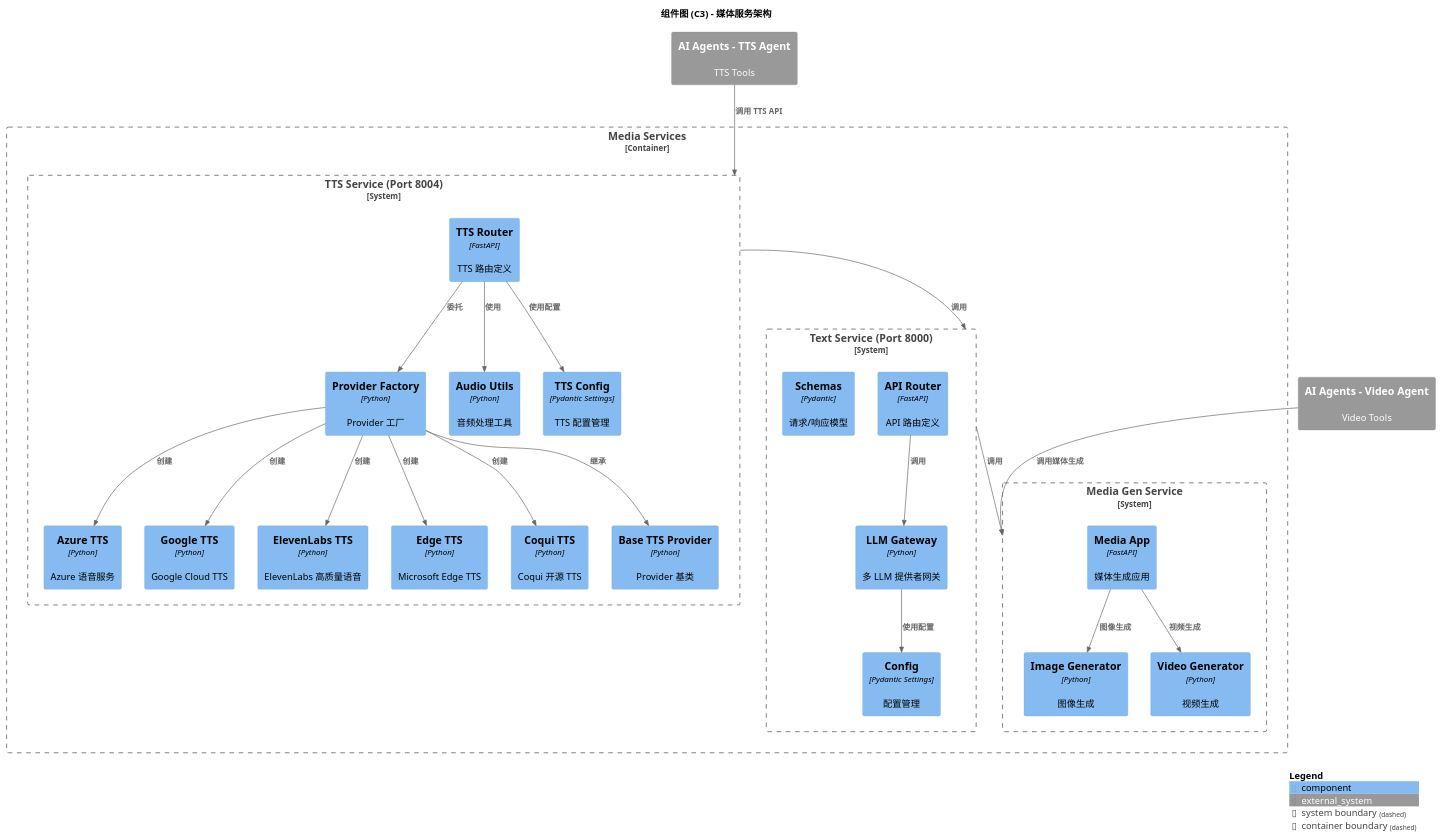
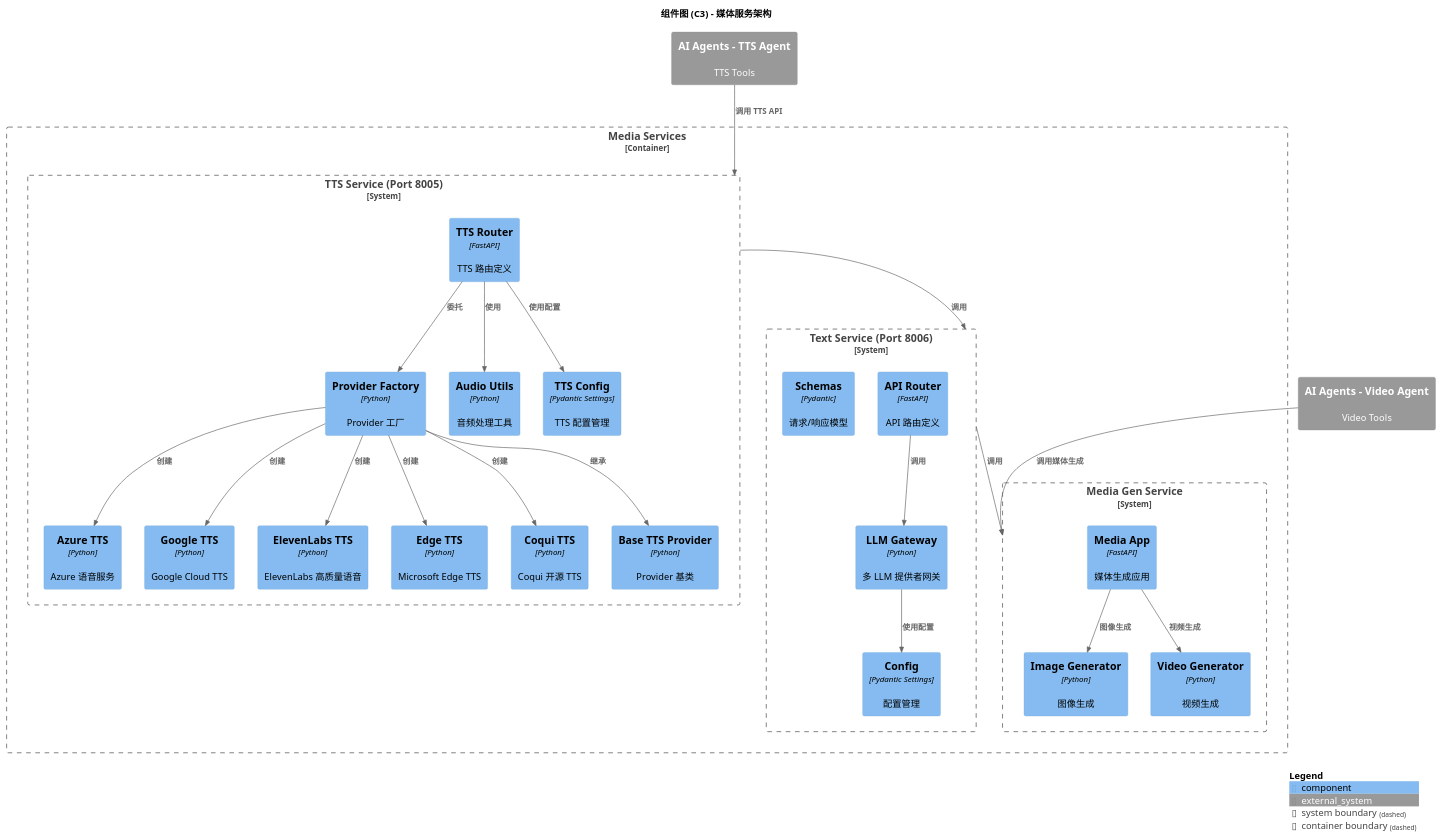
The diagram in ai/docs/c4/component-media-services.puml (felixzhu97/explore-workspace), drawn with PlantUML before and after one commit. The commit also changed 45 other files, not shown here.

First line of the commit message:
docs: update documentation, C4 diagrams, and service configurations

```diff
--- a/ai/docs/c4/component-media-services.puml
+++ b/ai/docs/c4/component-media-services.puml
@@ -1,71 +1,71 @@
 @startuml C4-Component-Media-Services
 !include https://raw.githubusercontent.com/plantuml-stdlib/C4-PlantUML/master/C4_Component.puml
 
 LAYOUT_WITH_LEGEND()
 
 title 组件图 (C3) - 媒体服务架构
 
 Container_Boundary(media_services, "Media Services") {
 
     ' === TTS Service ===
-    System_Boundary(tts_service, "TTS Service (Port 8004)") {
+    System_Boundary(tts_service, "TTS Service (Port 8005)") {
         Component(tts_router, "TTS Router", "FastAPI", "TTS 路由定义")
         Component(tts_provider_factory, "Provider Factory", "Python", "Provider 工厂")
         Component(azure_tts, "Azure TTS", "Python", "Azure 语音服务")
         Component(google_tts, "Google TTS", "Python", "Google Cloud TTS")
         Component(elevenlabs_tts, "ElevenLabs TTS", "Python", "ElevenLabs 高质量语音")
         Component(edge_tts, "Edge TTS", "Python", "Microsoft Edge TTS")
         Component(coqui_tts, "Coqui TTS", "Python", "Coqui 开源 TTS")
         Component(base_tts, "Base TTS Provider", "Python", "Provider 基类")
         Component(audio_utils, "Audio Utils", "Python", "音频处理工具")
         Component(tts_config, "TTS Config", "Pydantic Settings", "TTS 配置管理")
     }
 
     ' === Text Service ===
-    System_Boundary(text_service, "Text Service (Port 8000)") {
+    System_Boundary(text_service, "Text Service (Port 8006)") {
         Component(text_router, "API Router", "FastAPI", "API 路由定义")
         Component(text_schemas, "Schemas", "Pydantic", "请求/响应模型")
         Component(llm_gateway, "LLM Gateway", "Python", "多 LLM 提供者网关")
         Component(text_config, "Config", "Pydantic Settings", "配置管理")
     }
 
     ' === Media Gen Service ===
     System_Boundary(media_gen, "Media Gen Service") {
         Component(media_app, "Media App", "FastAPI", "媒体生成应用")
         Component(image_generator, "Image Generator", "Python", "图像生成")
         Component(video_generator, "Video Generator", "Python", "视频生成")
     }
 }
 
 ' === TTS Service 内部关系 ===
 Rel(tts_router, tts_provider_factory, "委托")
 Rel(tts_provider_factory, azure_tts, "创建")
 Rel(tts_provider_factory, google_tts, "创建")
 Rel(tts_provider_factory, elevenlabs_tts, "创建")
 Rel(tts_provider_factory, edge_tts, "创建")
 Rel(tts_provider_factory, coqui_tts, "创建")
 Rel(tts_provider_factory, base_tts, "继承")
 Rel(tts_router, audio_utils, "使用")
 Rel(tts_router, tts_config, "使用配置")
 
 ' === Text Service 内部关系 ===
 Rel(text_router, llm_gateway, "调用")
 Rel(llm_gateway, text_config, "使用配置")
 
 ' === Media Gen Service 内部关系 ===
 Rel(media_app, image_generator, "图像生成")
 Rel(media_app, video_generator, "视频生成")
 
 ' === 服务间关系 ===
 Rel(tts_service, text_service, "调用")
 Rel(text_service, media_gen, "调用")
 
 ' === AI Agents 与服务关系 ===
 System_Ext(ai_agents_tts, "AI Agents - TTS Agent", "TTS Tools")
 System_Ext(ai_agents_video, "AI Agents - Video Agent", "Video Tools")
 
 Rel(ai_agents_tts, tts_service, "调用 TTS API")
 Rel(ai_agents_video, media_gen, "调用媒体生成")
 
 SHOW_LEGEND()
 @enduml
```
